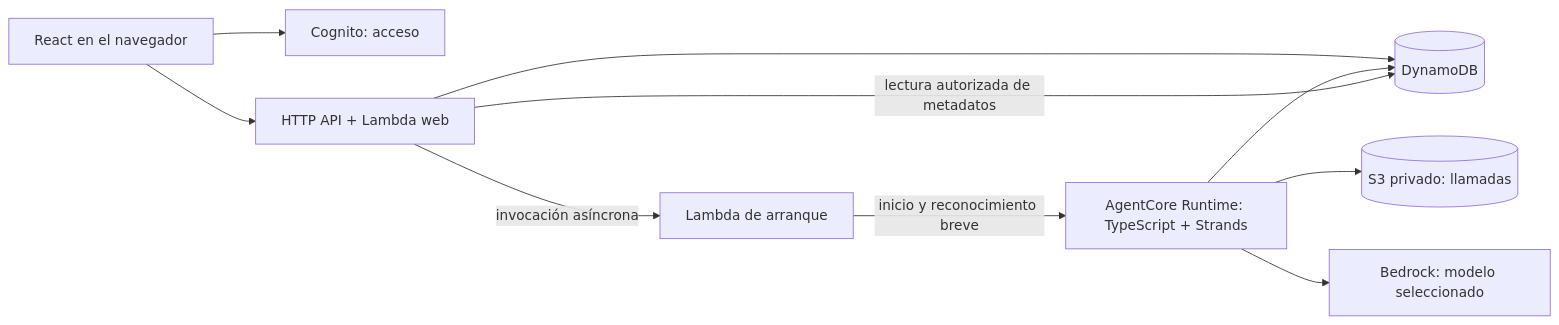
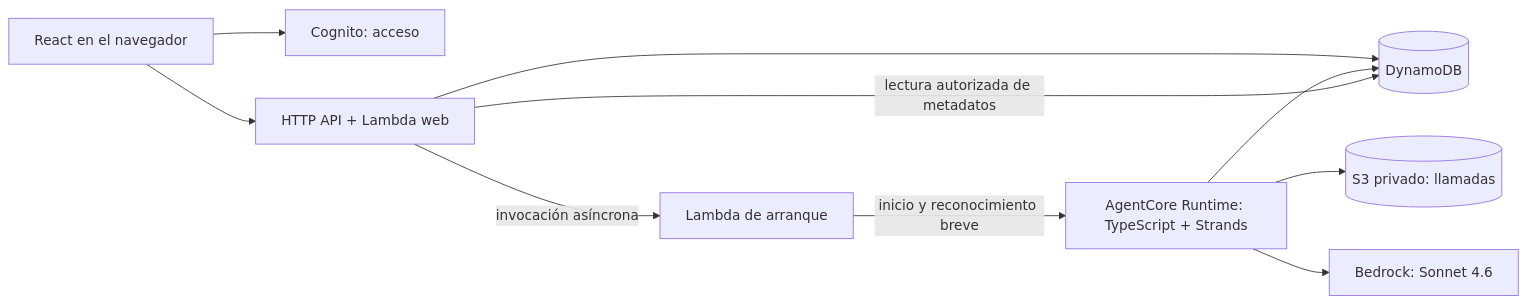
The diagram in docs/architecture/ejecucion.md (guilleojeda/prompt-runner-game), drawn with Mermaid before and after one commit. The commit also changed other lines of this file and 55 other files, not shown here.

````diff
--- a/docs/architecture/ejecucion.md
+++ b/docs/architecture/ejecucion.md
@@ -7,12 +7,12 @@
 ```mermaid
 flowchart LR
   U[React en el navegador] --> C[Cognito: acceso]
   U --> W[HTTP API + Lambda web]
   W --> D[(DynamoDB)]
   W -->|invocación asíncrona| L[Lambda de arranque]
   L -->|inicio y reconocimiento breve| R[AgentCore Runtime: TypeScript + Strands]
   R --> D
   R --> S[(S3 privado: llamadas)]
-  R --> B[Bedrock: modelo seleccionado]
+  R --> B[Bedrock: Sonnet 4.6]
   W -->|lectura autorizada de metadatos| D
 ```
````
